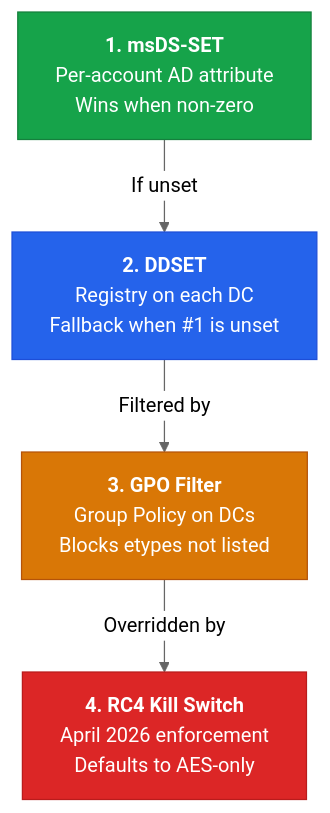
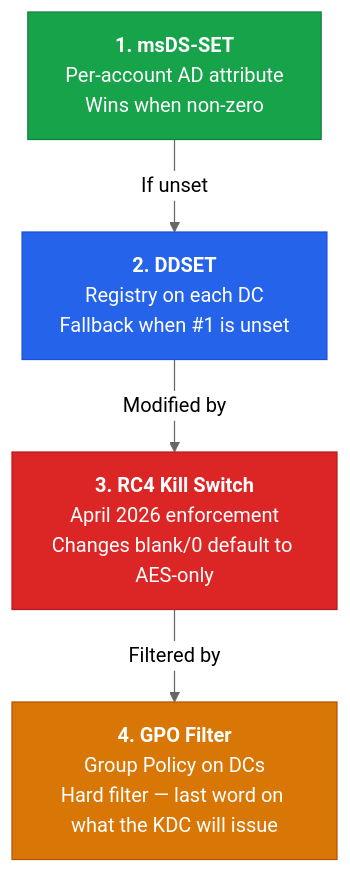
One commit to StrongWind1/Kerberos changed the second of 4 diagrams in content/security/quick-start.md. Above: the diagram before and after it, drawn with Mermaid (neutral theme). The commit also changed other lines of this file, not shown here.

Commit message:
fix: reorder controls - GPO filter is last, RC4 kill switch is 3rd

````diff
--- a/content/security/quick-start.md
+++ b/content/security/quick-start.md
@@ -89,16 +89,16 @@
 ```mermaid
 flowchart TD
     A["<b>1. msDS-SET</b>\nPer-account AD attribute\nWins when non-zero"]
     B["<b>2. DDSET</b>\nRegistry on each DC\nFallback when #1 is unset"]
-    C["<b>3. GPO Filter</b>\nGroup Policy on DCs\nBlocks etypes not listed"]
-    D["<b>4. RC4 Kill Switch</b>\nApril 2026 enforcement\nDefaults to AES-only"]
+    C["<b>3. RC4 Kill Switch</b>\nApril 2026 enforcement\nChanges blank/0 default to AES-only"]
+    D["<b>4. GPO Filter</b>\nGroup Policy on DCs\nHard filter — last word on what the KDC will issue"]
 
     A -->|"If unset"| B
-    B -->|"Filtered by"| C
-    C -->|"Overridden by"| D
+    B -->|"Modified by"| C
+    C -->|"Filtered by"| D
 
     style A fill:#16a34a,stroke:#15803d,color:#fff
     style B fill:#2563eb,stroke:#1d4ed8,color:#fff
-    style C fill:#d97706,stroke:#b45309,color:#fff
-    style D fill:#dc2626,stroke:#b91c1c,color:#fff
+    style C fill:#dc2626,stroke:#b91c1c,color:#fff
+    style D fill:#d97706,stroke:#b45309,color:#fff
 ```
````
